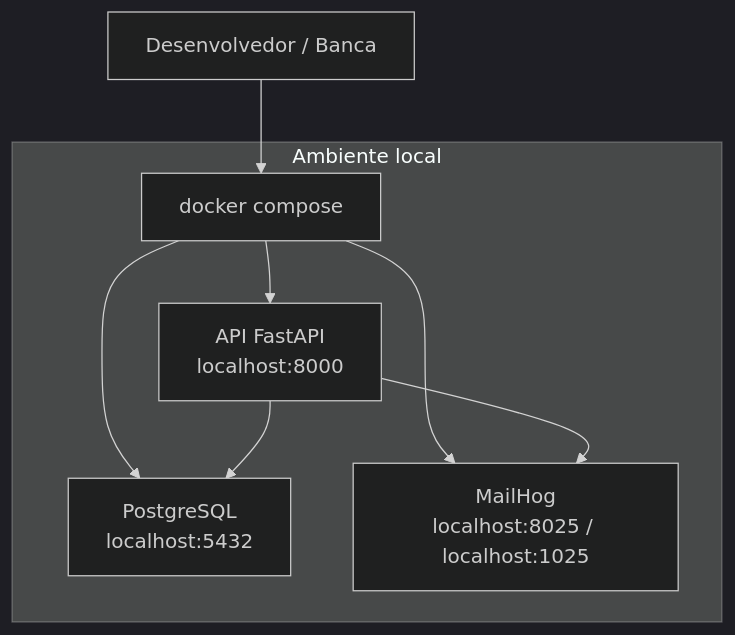
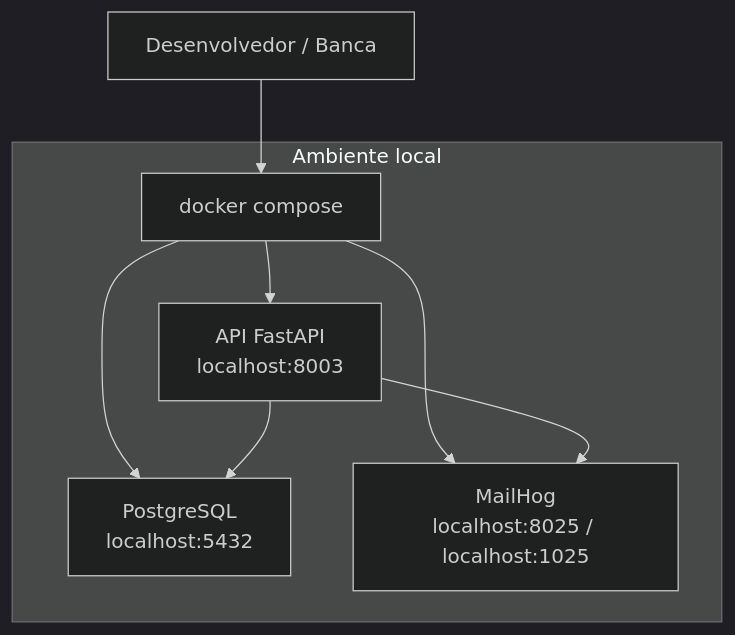
Before and after one commit to dev-ana-lopes/service-order-execution-service: the first of 3 diagrams in docs/architecture/solution-architecture.md, drawn with Mermaid (dark theme). The commit also changed 38 other files, not shown here.

````diff
--- a/docs/architecture/solution-architecture.md
+++ b/docs/architecture/solution-architecture.md
@@ -5,13 +5,13 @@
 ```mermaid
 flowchart TB
     Dev["Desenvolvedor / Banca"] --> Compose["docker compose"]
 
     subgraph Local["Ambiente local"]
-        Compose --> API["API FastAPI<br/>localhost:8000"]
+        Compose --> API["API FastAPI<br/>localhost:8003"]
         Compose --> DB["PostgreSQL<br/>localhost:5432"]
         Compose --> MailHog["MailHog<br/>localhost:8025 / localhost:1025"]
     end
 
     API --> DB
     API --> MailHog
 ```
````
